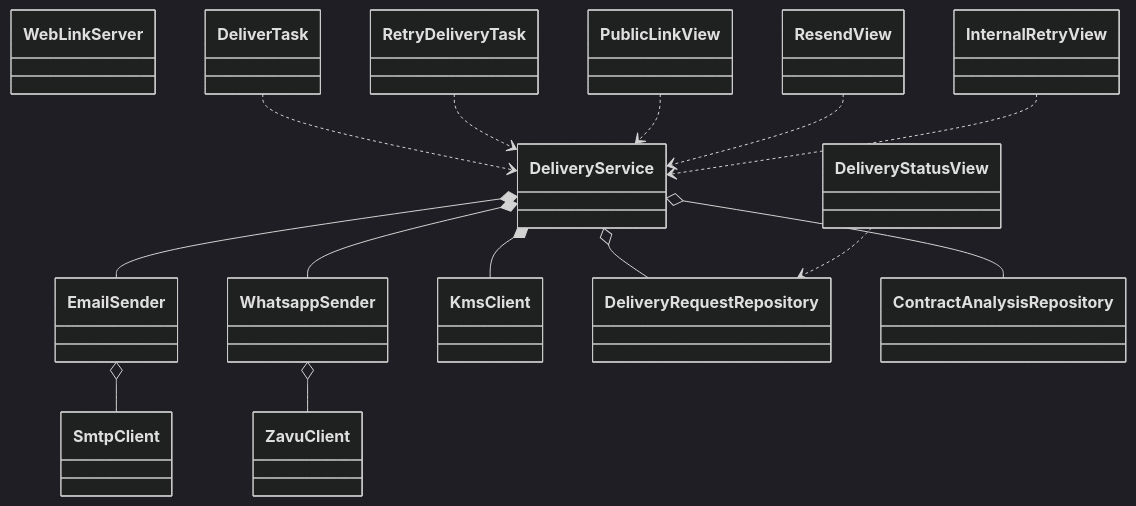
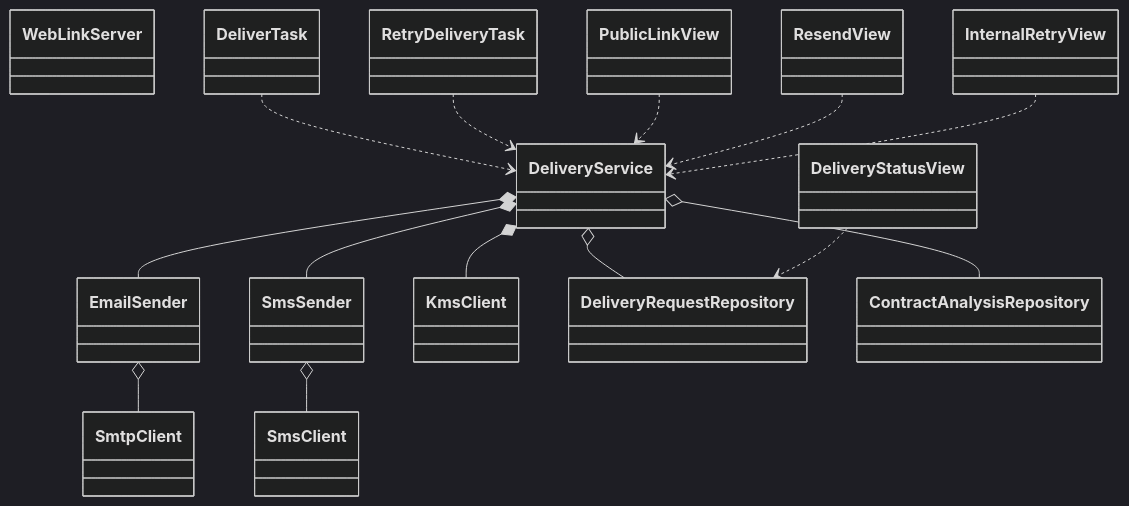
One commit to Casa-Segura/casa-segura changed the tenth of 10 diagrams in docs/analysis/F7_entrega_multicanal/INTERACTION_DIAGRAMS.md. Above: the diagram before and after it, drawn with Mermaid (dark theme). The commit also changed other lines of this file and 67 other files, not shown here.

First line of the commit message:
docs(product): make SMS delivery canonical

````diff
--- a/docs/analysis/F7_entrega_multicanal/INTERACTION_DIAGRAMS.md
+++ b/docs/analysis/F7_entrega_multicanal/INTERACTION_DIAGRAMS.md
@@ -229,32 +229,32 @@
 ```mermaid
 classDiagram
     class DeliveryService
     class EmailSender
-    class WhatsappSender
+    class SmsSender
     class WebLinkServer
     class KmsClient
     class SmtpClient
-    class ZavuClient
+    class SmsClient
     class DeliveryRequestRepository
     class ContractAnalysisRepository
     class DeliverTask
     class RetryDeliveryTask
     class PublicLinkView
     class ResendView
     class DeliveryStatusView
     class InternalRetryView
 
     DeliveryService *-- EmailSender
-    DeliveryService *-- WhatsappSender
+    DeliveryService *-- SmsSender
     DeliveryService *-- KmsClient
     DeliveryService o-- DeliveryRequestRepository
     DeliveryService o-- ContractAnalysisRepository
     EmailSender o-- SmtpClient
-    WhatsappSender o-- ZavuClient
+    SmsSender o-- SmsClient
     DeliverTask ..> DeliveryService
     RetryDeliveryTask ..> DeliveryService
     PublicLinkView ..> DeliveryService
     ResendView ..> DeliveryService
     DeliveryStatusView ..> DeliveryRequestRepository
     InternalRetryView ..> DeliveryService
 ```
````
